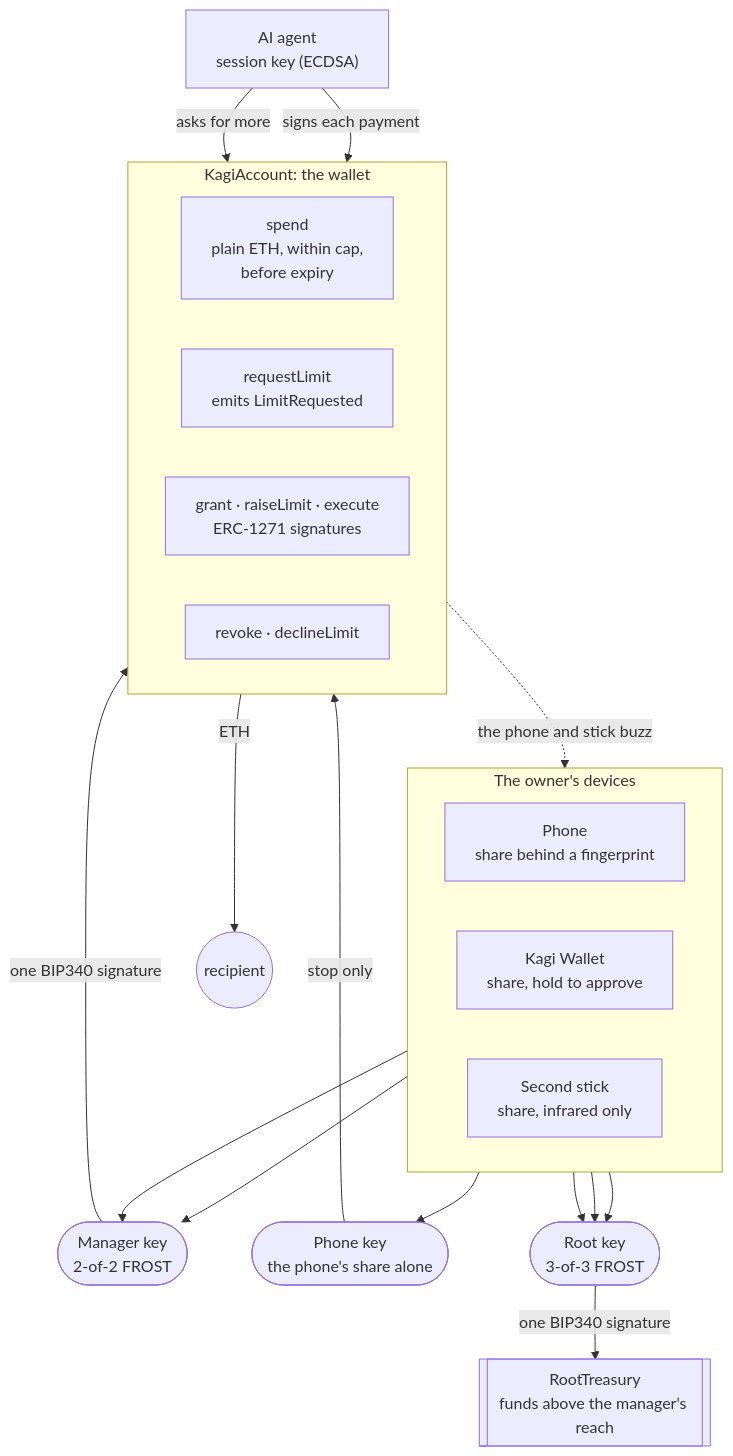
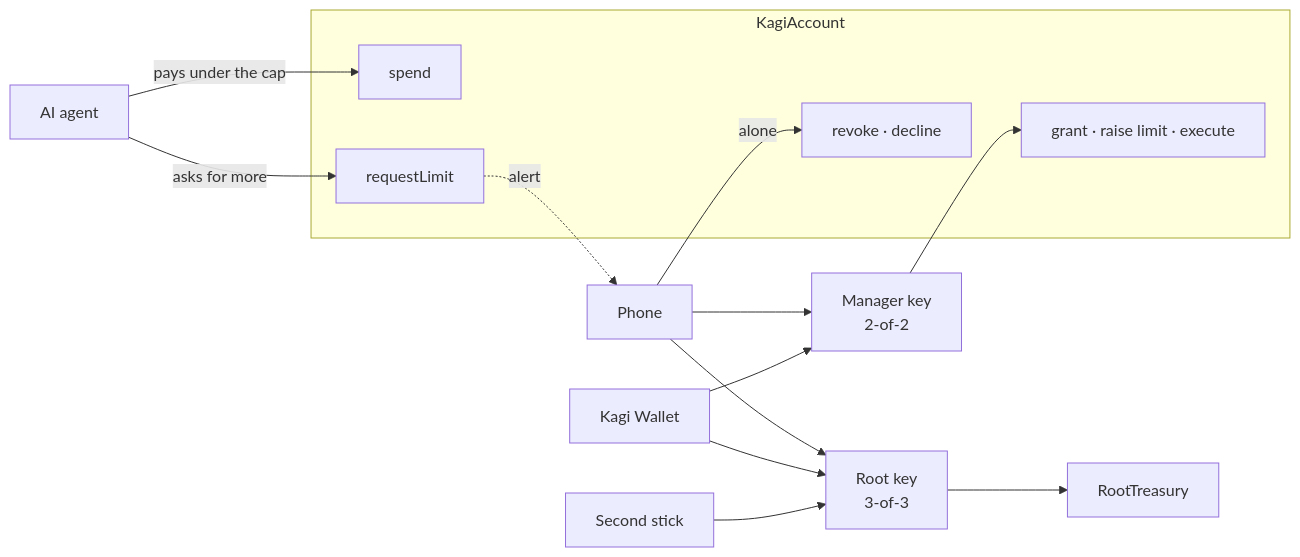
One commit to team-somehow/kagi-wallet changed the diagram in docs/kagi-protocol.md. Above: the diagram before and after it, drawn with Mermaid. The commit also changed 1 other file, not shown here.

Commit message:
docs: simpler, box-only diagrams in the two papers

````diff
--- a/docs/kagi-protocol.md
+++ b/docs/kagi-protocol.md
@@ -40,41 +40,30 @@
 ```mermaid
-flowchart TB
-    subgraph Owner["The owner's devices"]
-        direction LR
-        P["Phone<br/>share behind a fingerprint"]
-        W["Kagi Wallet<br/>share, hold to approve"]
-        V["Second stick<br/>share, infrared only"]
+flowchart LR
+    Agent["AI agent"]
+    Phone["Phone"]
+    Kagi["Kagi Wallet"]
+    Second["Second stick"]
+
+    subgraph Account["KagiAccount"]
+        Spend["spend"]
+        Request["requestLimit"]
+        Admin["grant · raise limit · execute"]
+        Stop["revoke · decline"]
     end
 
-    MK(["Manager key<br/>2-of-2 FROST"])
-    PK(["Phone key<br/>the phone's share alone"])
-    RK(["Root key<br/>3-of-3 FROST"])
+    Manager["Manager key<br/>2-of-2"]
+    Root["Root key<br/>3-of-3"]
+    Treasury["RootTreasury"]
 
-    P --> MK
-    W --> MK
-    P --> PK
-    P --> RK
-    W --> RK
-    V --> RK
-
-    A["AI agent<br/>session key (ECDSA)"]
-
-    subgraph KA["KagiAccount: the wallet"]
-        direction LR
-        SP["spend<br/>plain ETH, within cap,<br/>before expiry"]
-        RQ["requestLimit<br/>emits LimitRequested"]
-        MG["grant · raiseLimit · execute<br/>ERC-1271 signatures"]
-        ST["revoke · declineLimit"]
-    end
-
-    RT[["RootTreasury<br/>funds above the manager's reach"]]
-    OUT(("recipient"))
-
-    A -- "signs each payment" --> SP
-    A -- "asks for more" --> RQ
-    SP -- "ETH" --> OUT
-    MK -- "one BIP340 signature" --> MG
-    PK -- "stop only" --> ST
-    RK -- "one BIP340 signature" --> RT
-    RQ -. "the phone and stick buzz" .-> P
+    Agent -- "pays under the cap" --> Spend
+    Agent -- "asks for more" --> Request
+    Request -. "alert" .-> Phone
+    Phone --> Manager
+    Kagi --> Manager
+    Manager --> Admin
+    Phone -- "alone" --> Stop
+    Phone --> Root
+    Kagi --> Root
+    Second --> Root
+    Root --> Treasury
 ```
````
